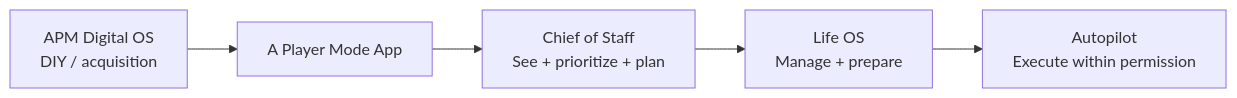
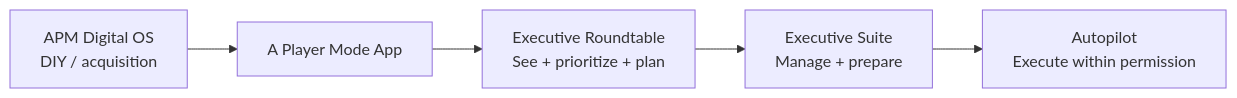
The first of 3 diagrams in docs/00-PRODUCT-CONSTITUTION.md (seq23/aplayer-mode), drawn with Mermaid before and after one commit. The commit also changed other lines of this file and 47 other files, not shown here.

First line of the commit message:
Rename paid plans: Executive Roundtable, Executive Suite, Autopilot (ADR-0006)

````diff
--- a/docs/00-PRODUCT-CONSTITUTION.md
+++ b/docs/00-PRODUCT-CONSTITUTION.md
@@ -21,7 +21,7 @@
 ```mermaid
 flowchart LR
   DIY[APM Digital OS\nDIY / acquisition] --> APP[A Player Mode App]
-  APP --> COS[Chief of Staff\nSee + prioritize + plan]
-  COS --> LIFE[Life OS\nManage + prepare]
+  APP --> COS[Executive Roundtable\nSee + prioritize + plan]
+  COS --> LIFE[Executive Suite\nManage + prepare]
   LIFE --> AUTO[Autopilot\nExecute within permission]
 ```
````
